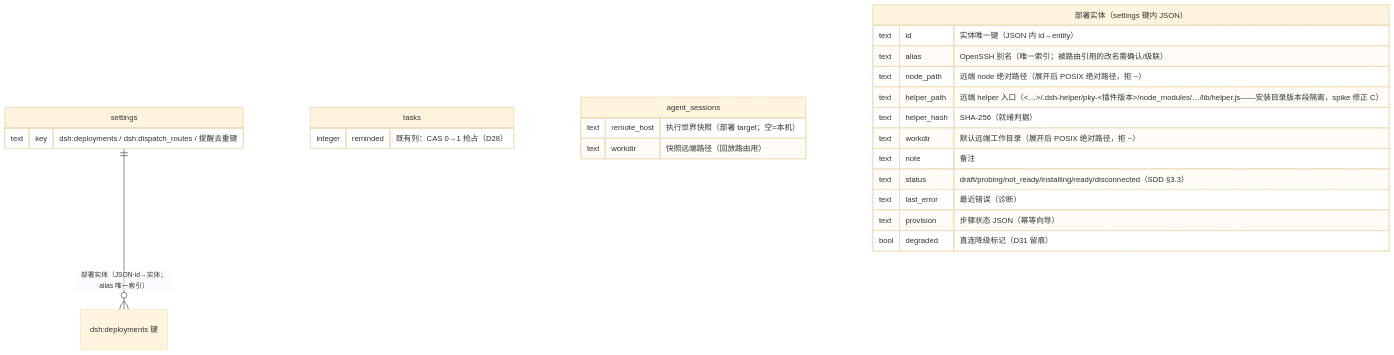
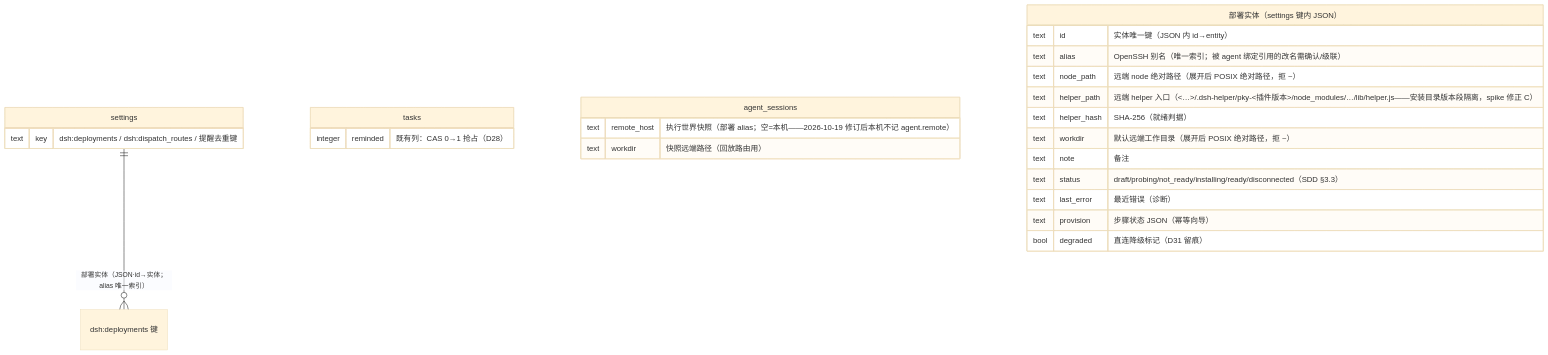
Before and after one commit to Jo0OCTsai/pokemon-choose-you: the fourth of 4 diagrams in specs/dsh-plugin-full-parity/architecture.md, drawn with Mermaid (base theme). The commit also changed other lines of this file and 186 other files, not shown here.

````diff
--- a/specs/dsh-plugin-full-parity/architecture.md
+++ b/specs/dsh-plugin-full-parity/architecture.md
@@ -405,27 +415,27 @@
 ```mermaid
 erDiagram
     settings ||--o{ "dsh:deployments 键" : "部署实体（JSON·id→实体；alias 唯一索引）"
     settings {
         text key "dsh:deployments / dsh:dispatch_routes / 提醒去重键"
     }
     tasks {
         integer reminded "既有列：CAS 0→1 抢占（D28）"
     }
     agent_sessions {
-        text remote_host "执行世界快照（部署 target；空=本机）"
+        text remote_host "执行世界快照（部署 alias；空=本机——2026-10-19 修订后本机不记 agent.remote）"
         text workdir "快照远端路径（回放路由用）"
     }
     "部署实体（settings 键内 JSON）" {
         text id "实体唯一键（JSON 内 id→entity）"
-        text alias "OpenSSH 别名（唯一索引；被路由引用的改名需确认/级联）"
+        text alias "OpenSSH 别名（唯一索引；被 agent 绑定引用的改名需确认/级联）"
         text node_path "远端 node 绝对路径（展开后 POSIX 绝对路径，拒 ~）"
         text helper_path "远端 helper 入口（<…>/.dsh-helper/pky-<插件版本>/node_modules/…/lib/helper.js——安装目录版本段隔离，spike 修正 C）"
         text helper_hash "SHA-256（就绪判据）"
         text workdir "默认远端工作目录（展开后 POSIX 绝对路径，拒 ~）"
         text note "备注"
         text status "draft/probing/not_ready/installing/ready/disconnected（SDD §3.3）"
         text last_error "最近错误（诊断）"
         text provision "步骤状态 JSON（幂等向导）"
         bool degraded "直连降级标记（D31 留痕）"
     }
 ```
````
